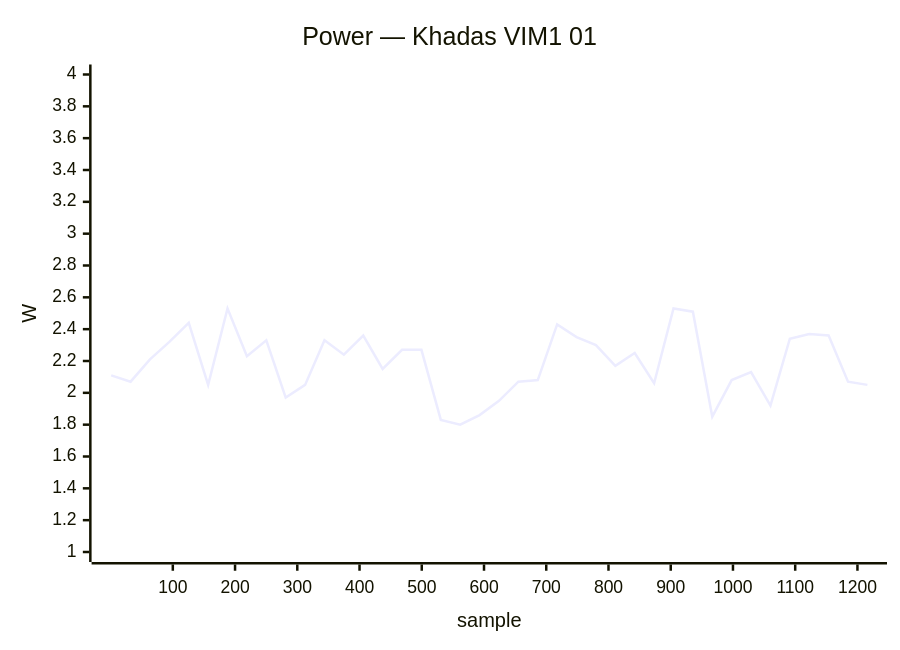
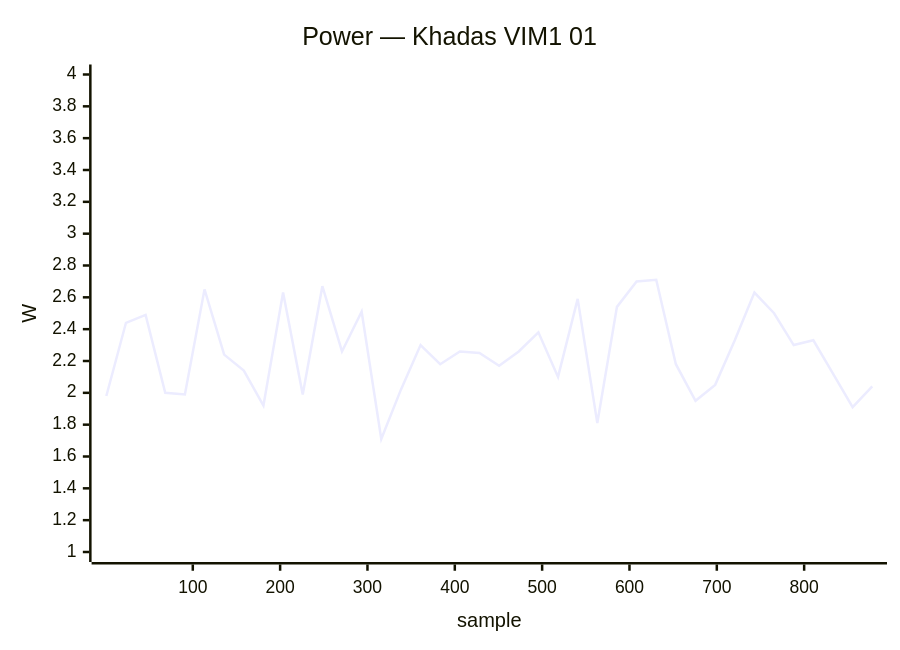
Diagram 16 of 40 in docs/status/board-tests.md (armbian/documentation), drawn with Mermaid before and after one commit. The commit also changed other lines of this file, not shown here.

````diff
--- a/docs/status/board-tests.md
+++ b/docs/status/board-tests.md
@@ -749,7 +759,7 @@
 ```mermaid
 xychart-beta
     title "Power — Khadas VIM1 01"
-    x-axis "sample" 1 --> 1216
+    x-axis "sample" 1 --> 878
     y-axis "W" 1.0 --> 4.0
-    line [2.11, 2.07, 2.21, 2.32, 2.44, 2.05, 2.53, 2.23, 2.33, 1.97, 2.05, 2.33, 2.24, 2.36, 2.15, 2.27, 2.27, 1.83, 1.80, 1.86, 1.95, 2.07, 2.08, 2.43, 2.35, 2.30, 2.17, 2.25, 2.06, 2.53, 2.51, 1.85, 2.08, 2.13, 1.92, 2.34, 2.37, 2.36, 2.07, 2.05]
+    line [1.98, 2.44, 2.49, 2.00, 1.99, 2.65, 2.24, 2.14, 1.92, 2.63, 1.99, 2.67, 2.26, 2.51, 1.71, 2.02, 2.30, 2.18, 2.26, 2.25, 2.17, 2.26, 2.38, 2.10, 2.59, 1.81, 2.54, 2.70, 2.71, 2.18, 1.95, 2.05, 2.33, 2.63, 2.50, 2.30, 2.33, 2.12, 1.91, 2.04]
 ```
````
